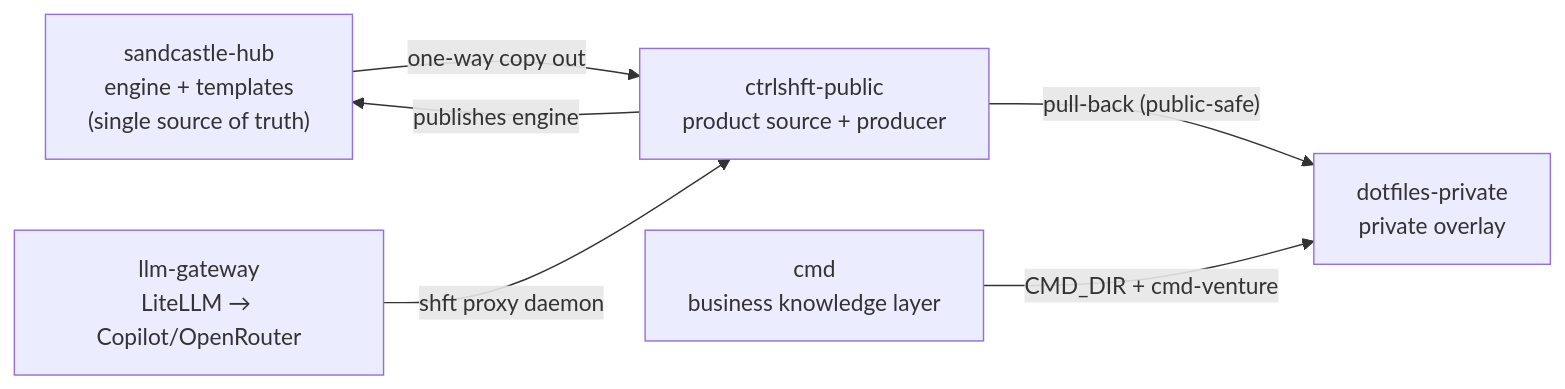
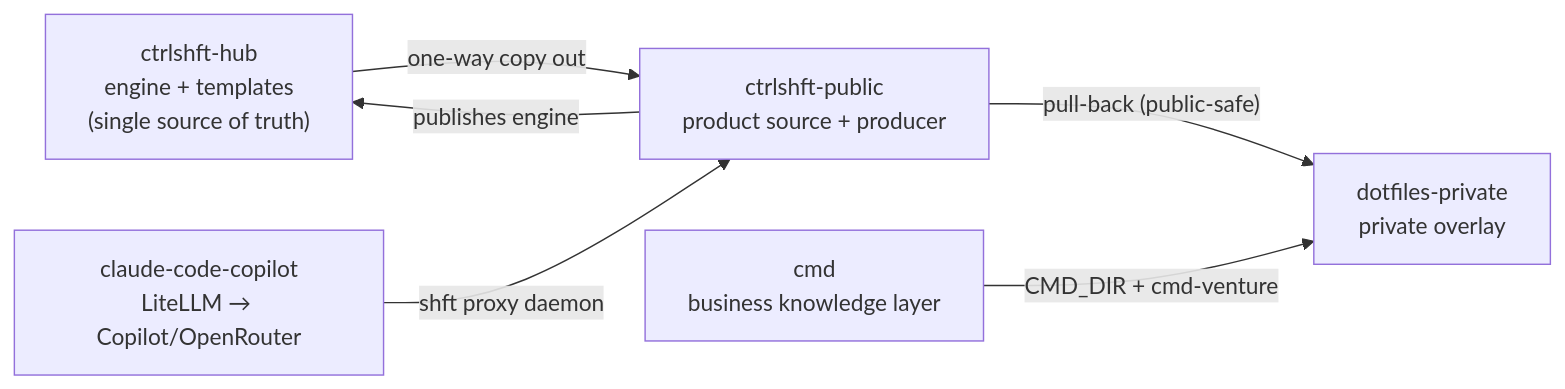
The first of 3 diagrams in README.md (arndvs/ctrlshft), drawn with Mermaid before and after one commit. The commit also changed other lines of this file and 53 other files, not shown here.

First line of the commit message:
chore(repo): sandcastle-hub → ctrlshft-hub (tooling, templates, ADR) (#341)

````diff
--- a/README.md
+++ b/README.md
@@ -30,14 +30,14 @@
 ```mermaid
 graph LR
-    HUB["sandcastle-hub<br/>engine + templates<br/>(single source of truth)"]
+    HUB["ctrlshft-hub<br/>engine + templates<br/>(single source of truth)"]
     PROD["ctrlshft-public<br/>product source + producer"]
     DOT["dotfiles-private<br/>private overlay"]
     CMD["cmd<br/>business knowledge layer"]
-    PROXY["llm-gateway<br/>LiteLLM → Copilot/OpenRouter"]
+    PROXY["claude-code-copilot<br/>LiteLLM → Copilot/OpenRouter"]
 
     PROD -->|"publishes engine"| HUB
     HUB -->|"one-way copy out"| PROD
     PROD -->|"pull-back (public-safe)"| DOT
     CMD -->|"CMD_DIR + cmd-venture"| DOT
     PROXY -->|"shft proxy daemon"| PROD
 ```
````
